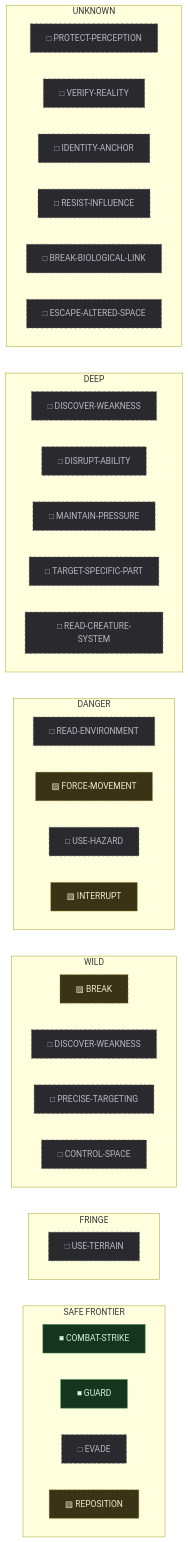
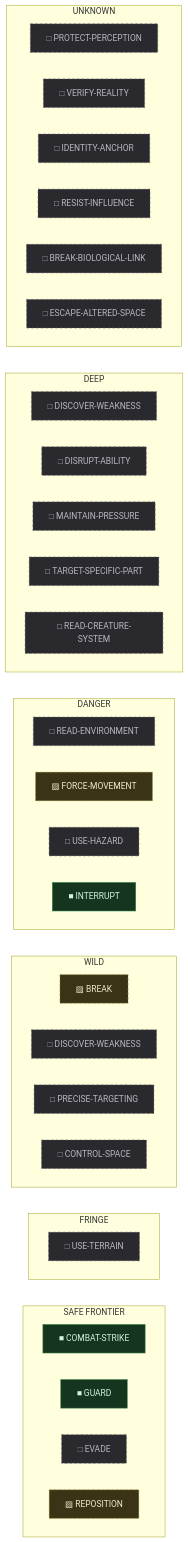
Before and after one commit to dkwkekzz/HktFramework: the third of 10 diagrams in HktAdvProtoH/content/proto-adventure/master/graph/GRAPH.md, drawn with Mermaid. The commit also changed other lines of this file and 11 other files, not shown here.

````diff
--- a/HktAdvProtoH/content/proto-adventure/master/graph/GRAPH.md
+++ b/HktAdvProtoH/content/proto-adventure/master/graph/GRAPH.md
@@ -191,55 +191,54 @@
 ```mermaid
 flowchart TB
   subgraph SEG0 ["UNKNOWN"]
     N0["□ PROTECT-PERCEPTION"]
     N1["□ VERIFY-REALITY"]
     N2["□ IDENTITY-ANCHOR"]
     N3["□ RESIST-INFLUENCE"]
     N4["□ BREAK-BIOLOGICAL-LINK"]
     N5["□ ESCAPE-ALTERED-SPACE"]
   end
   subgraph SEG1 ["DEEP"]
     N6["□ DISCOVER-WEAKNESS"]
     N7["□ DISRUPT-ABILITY"]
     N8["□ MAINTAIN-PRESSURE"]
     N9["□ TARGET-SPECIFIC-PART"]
     N10["□ READ-CREATURE-SYSTEM"]
   end
   subgraph SEG2 ["DANGER"]
     N11["□ READ-ENVIRONMENT"]
     N12["▨ FORCE-MOVEMENT"]
     N13["□ USE-HAZARD"]
-    N14["▨ INTERRUPT"]
+    N14["■ INTERRUPT"]
   end
   subgraph SEG3 ["WILD"]
     N15["▨ BREAK"]
     N16["□ DISCOVER-WEAKNESS"]
     N17["□ PRECISE-TARGETING"]
     N18["□ CONTROL-SPACE"]
   end
   subgraph SEG4 ["FRINGE"]
     N19["□ USE-TERRAIN"]
   end
   subgraph SEG5 ["SAFE FRONTIER"]
     N20["■ COMBAT-STRIKE"]
     N21["■ GUARD"]
     N22["□ EVADE"]
     N23["▨ REPOSITION"]
   end
   SEG0 ~~~ SEG1
   SEG1 ~~~ SEG2
   SEG2 ~~~ SEG3
   SEG3 ~~~ SEG4
   SEG4 ~~~ SEG5
 
   classDef impl fill:#16351f,stroke:#3f8a52,color:#d8f2df;
   classDef part fill:#3a3315,stroke:#9a8a2e,color:#f2ecd0;
   classDef miss fill:#2a2a2e,stroke:#5c5c66,color:#b8b8c2;
   classDef implS fill:#16351f,stroke:#3f8a52,color:#d8f2df,stroke-dasharray:5 4;
   classDef partS fill:#3a3315,stroke:#9a8a2e,color:#f2ecd0,stroke-dasharray:5 4;
   classDef missS fill:#2a2a2e,stroke:#5c5c66,color:#b8b8c2,stroke-dasharray:5 4;
-  class N20,N21 impl;
-  class N14 part;
+  class N14,N20,N21 impl;
   class N12,N15,N23 partS;
   class N0,N1,N2,N3,N4,N5,N6,N7,N8,N9,N10,N11,N13,N16,N17,N18,N19,N22 missS;
 ```
````
